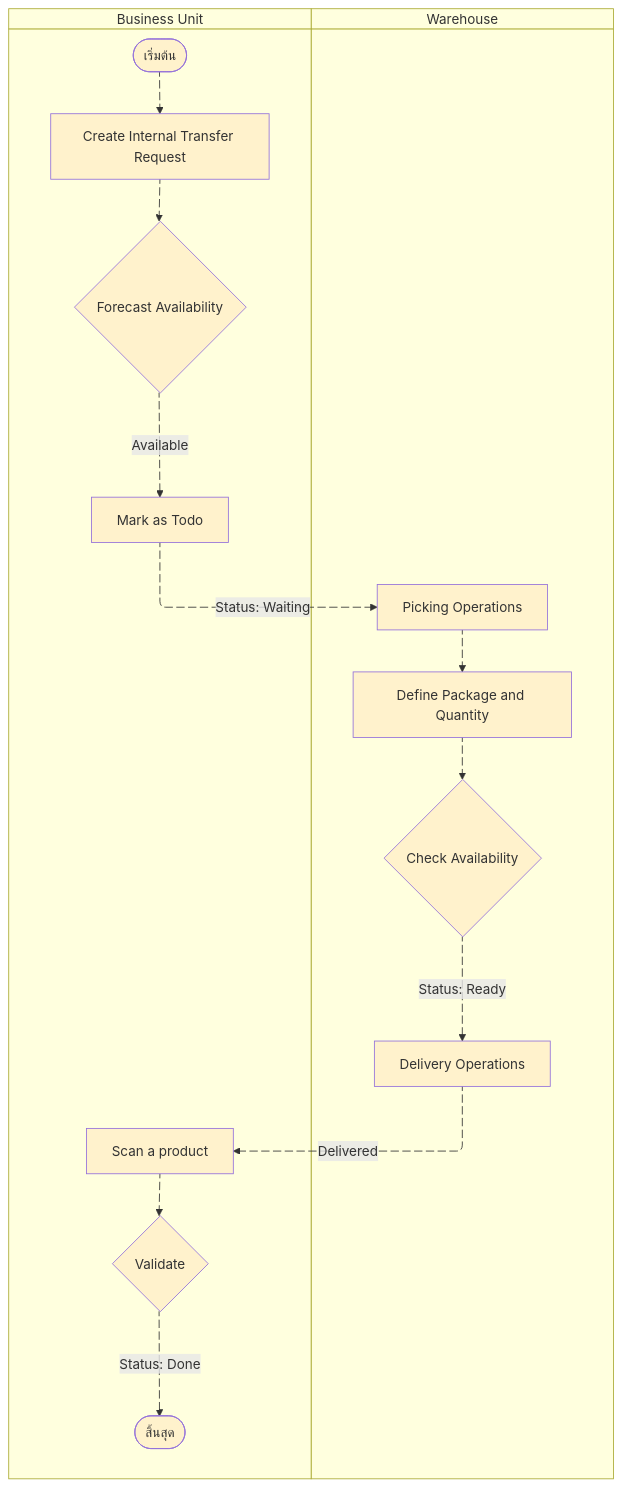
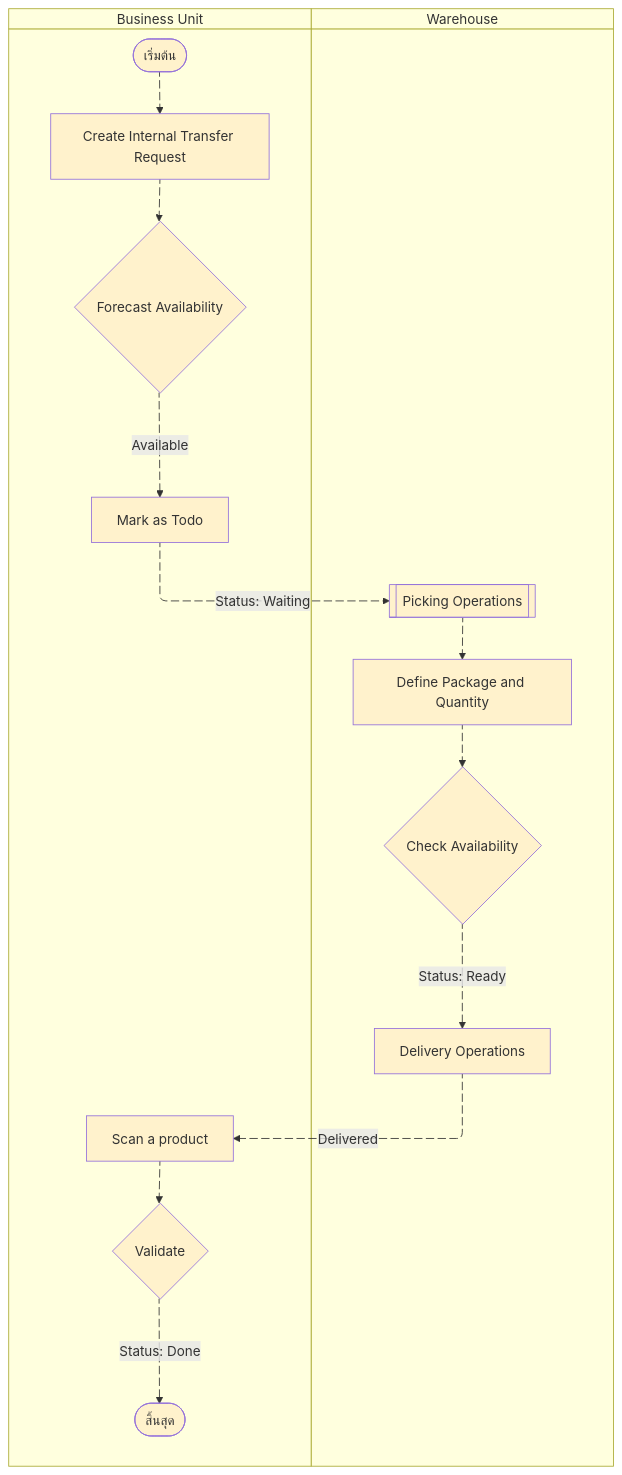
The diagram in to-be_process/Warehouse/x_internal_transfer_request.md (sonramsiriratpde/pem-process), drawn with Mermaid before and after one commit. The commit also changed 7 other files, not shown here.

````diff
--- a/to-be_process/Warehouse/x_internal_transfer_request.md
+++ b/to-be_process/Warehouse/x_internal_transfer_request.md
@@ -9,59 +9,59 @@
 ```mermaid
 %% Internal Transfer Process Flow
 swimlane-beta TB
 
   subgraph Business Unit
     start([เริ่มต้น])
     a1[Create Internal Transfer Request]
     a2{Forecast Availability}
     a3[Mark as Todo]
     a8[Scan a product]
     a9{Validate}
     
     done([สิ้นสุด])
   end
 
   subgraph Warehouse
-    a4[Picking Operations]
+    a4[[Picking Operations]]
     a5[Define Package and Quantity]
     a6{Check Availability}
     a7[Delivery Operations]
   end
 
   %% Success Flows
   start e1@--> a1
   a1 e2@--> a2
   a2 e3@-->|Available| a3
   a3 e4@-->|Status: Waiting| a4
   a4 e5@--> a5
   a5 e6@--> a6
   a6 e7@-->|Status: Ready| a7
   a7 e8@-->|Delivered| a8
   a8 e10@--> a9
   a9 e9@-->|Status: Done| done
 
   classDef attention fill:#fff2cc;
   class start attention;
   class a1 attention;
   class a2 attention;
   class a3 attention;
   class a4 attention;
   class a5 attention;
   class a6 attention;
   class a7 attention;
   class a8 attention;
   class a9 attention;
   class a10 attention;
   class done attention;
 
   e1@{ animate: true}
   e2@{ animate: true}
   e3@{ animate: true}
   e4@{ animate: true}
   e5@{ animate: true}
   e6@{ animate: true}
   e7@{ animate: true}
   e8@{ animate: true}
   e9@{ animate: true}
   e10@{ animate: true}
 ```
````
